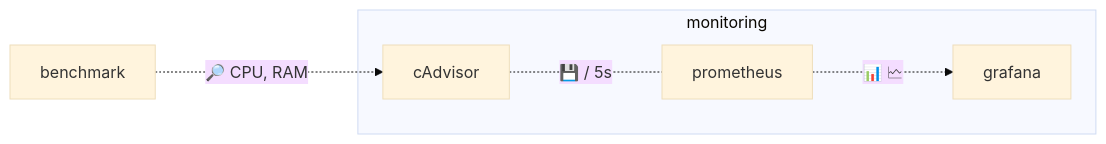
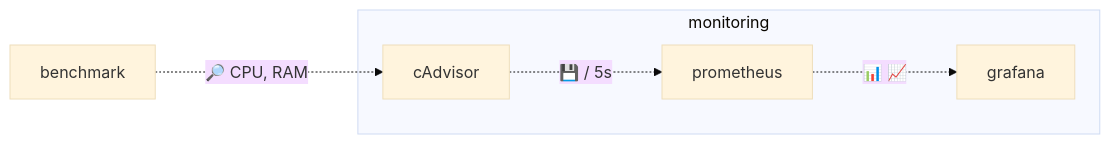
The diagram in slides/slideshow.md (Purecontrol/breizhcamp_bench_python_containers), drawn with Mermaid (base theme) before and after one commit. The commit also changed other lines of this file and 1 other file, not shown here.

```diff
--- a/slides/slideshow.md
+++ b/slides/slideshow.md
@@ -370,8 +367,8 @@
 <div class="mermaid">
   flowchart LR
     benchmark -..->|" 🔎 CPU, RAM "| cAdvisor
     subgraph monitoring
-      cAdvisor <-..- | 💾 / 5s | prometheus
-      prometheus -..->| 📊 🗠 | grafana
+      cAdvisor -..-> | 💾 / 5s | prometheus
+      prometheus -..->| 📊 📈 | grafana
     end
 </div>
```
